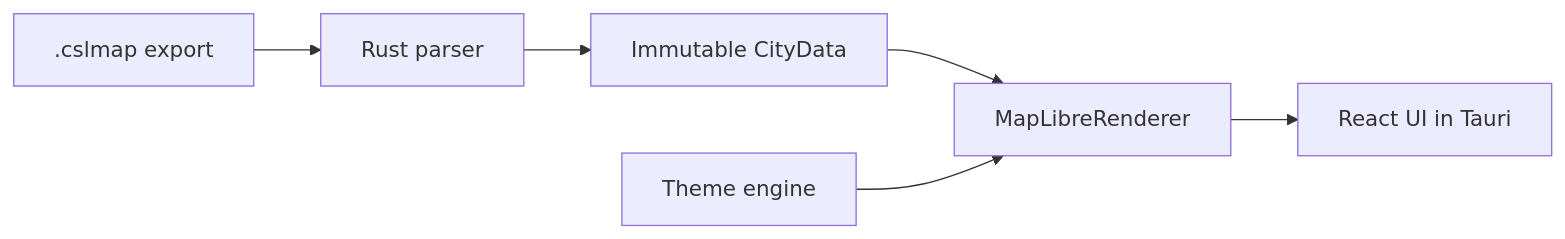
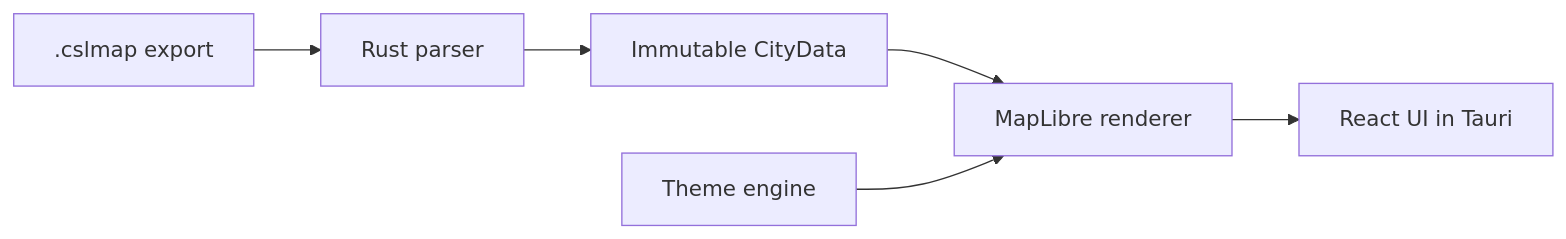
Before and after one commit to sebas-tcotd/vellum: the first of 2 diagrams in README.md, drawn with Mermaid. The commit also changed other lines of this file and 2 other files, not shown here.

````diff
--- a/README.md
+++ b/README.md
@@ -126,8 +97,8 @@
 ```mermaid
 flowchart LR
   A[".cslmap export"] --> B["Rust parser"]
   B --> C["Immutable CityData"]
-  C --> D["MapLibreRenderer"]
+  C --> D["MapLibre renderer"]
   D --> E["React UI in Tauri"]
   T["Theme engine"] --> D
 ```
````
